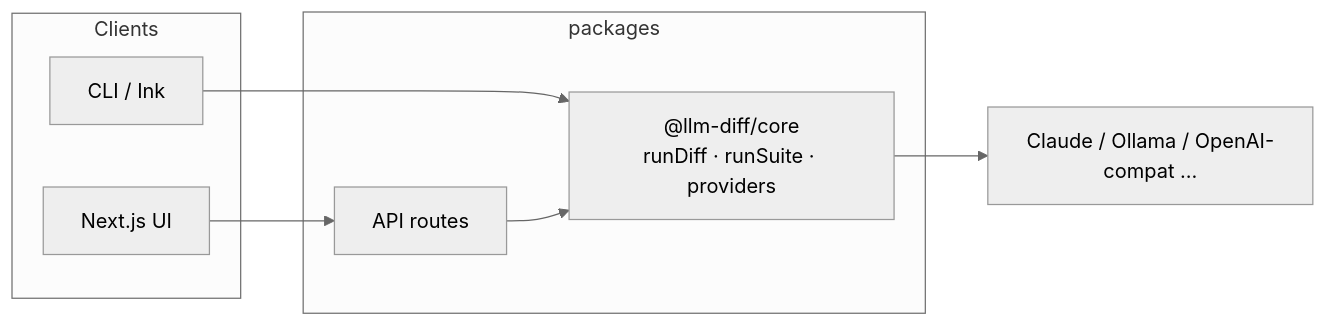
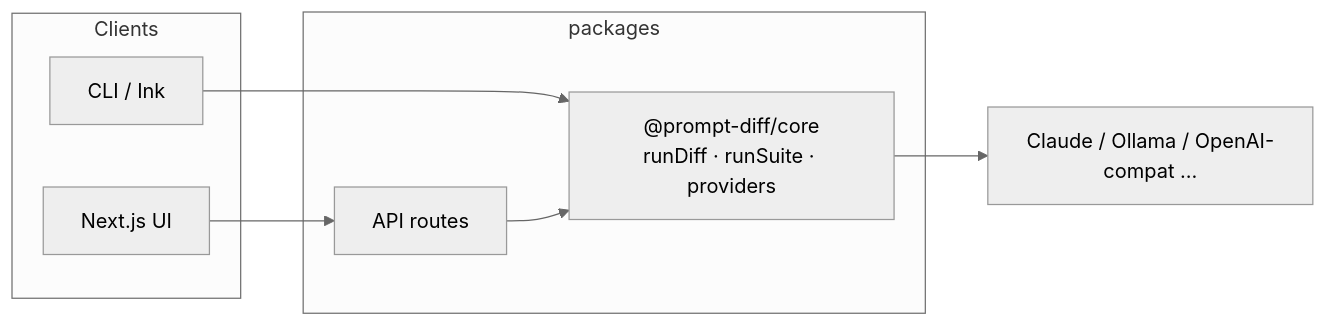
The diagram in README.md (darkrishabh/llm-diff), drawn with Mermaid (neutral theme) before and after one commit. The commit also changed other lines of this file and 37 other files, not shown here.

First line of the commit message:
Rebrand to Prompt-Diff; align GitHub URLs with prompt-diff repo

````diff
--- a/README.md
+++ b/README.md
@@ -250,17 +226,17 @@
 ```mermaid
 flowchart LR
   subgraph clients [Clients]
     CLI[CLI / Ink]
     WEB[Next.js UI]
   end
 
   subgraph pkg [packages]
-    CORE["@llm-diff/core\nrunDiff · runSuite · providers"]
+    CORE["@prompt-diff/core\nrunDiff · runSuite · providers"]
     API[API routes]
   end
 
   CLI --> CORE
   WEB --> API
   API --> CORE
   CORE --> P1[Claude / Ollama / OpenAI-compat …]
 ```
````
